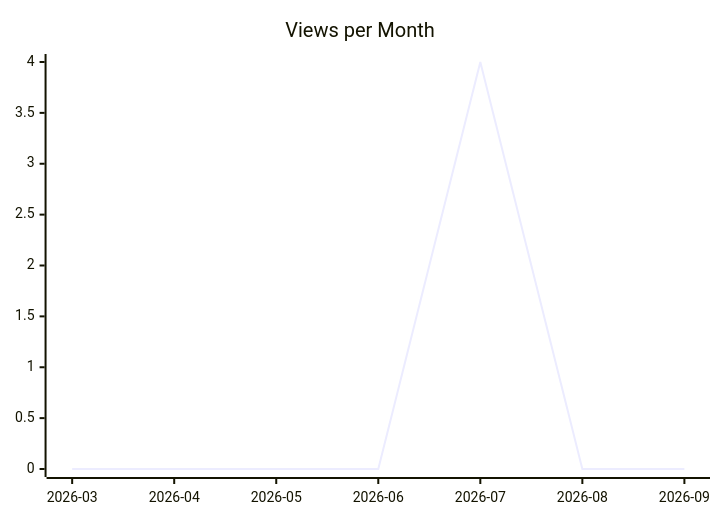
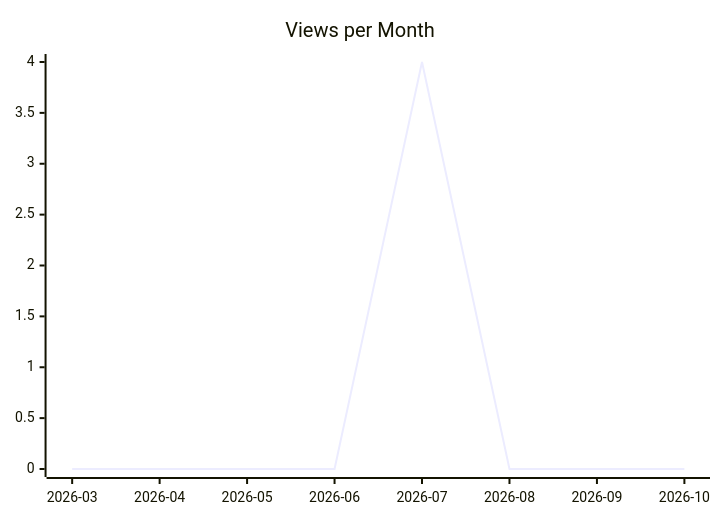
One commit to justdavis-family/github-analytics-data changed the second of 3 diagrams in karlmdavis/ansible-jenkins/README.md. Above: the diagram before and after it, drawn with Mermaid. The commit also changed other lines of this file and 202 other files, not shown here.

````diff
--- a/karlmdavis/ansible-jenkins/README.md
+++ b/karlmdavis/ansible-jenkins/README.md
@@ -12,6 +12,6 @@
 ```mermaid
 xychart-beta
   title "Views per Month"
-  x-axis ["2026-03", "2026-04", "2026-05", "2026-06", "2026-07", "2026-08", "2026-09"]
-  line [0, 0, 0, 0, 4, 0, 0]
+  x-axis ["2026-03", "2026-04", "2026-05", "2026-06", "2026-07", "2026-08", "2026-09", "2026-10"]
+  line [0, 0, 0, 0, 4, 0, 0, 0]
 ```
````
